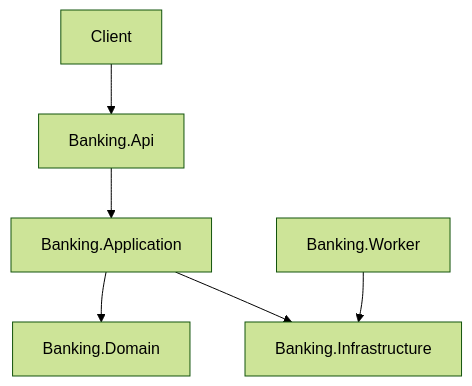
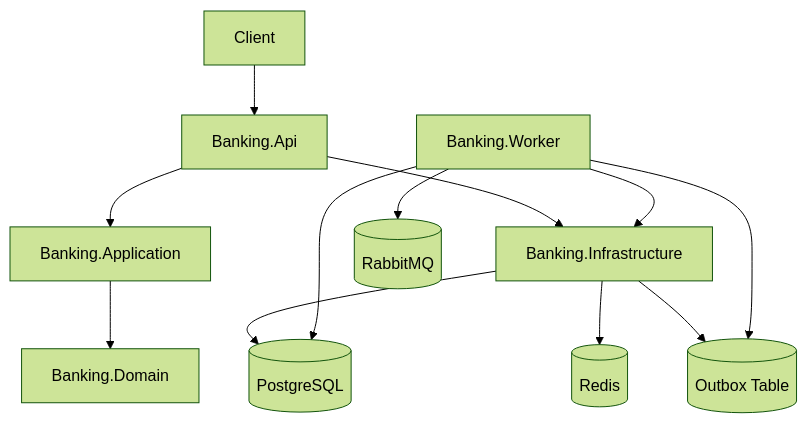
The first of 4 diagrams in README.md (V-Serghei/ledger-flow), drawn with Mermaid (forest theme) before and after one commit. The commit also changed other lines of this file and 12 other files, not shown here.

Commit message:
docs: add architecture documentation and ADRs

````diff
--- a/README.md
+++ b/README.md
@@ -18,8 +24,14 @@
 ```mermaid
 flowchart TD
     Client[Client] --> API[Banking.Api]
     API --> APP[Banking.Application]
     APP --> DOMAIN[Banking.Domain]
-    APP --> INFRA[Banking.Infrastructure]
+    API --> INFRA[Banking.Infrastructure]
+    INFRA --> PG[(PostgreSQL)]
+    INFRA --> REDIS[(Redis)]
+    INFRA --> OUTBOX[(Outbox Table)]
     WORKER[Banking.Worker] --> INFRA
+    WORKER --> OUTBOX
+    WORKER --> RABBIT[(RabbitMQ)]
+    WORKER --> PG
 ```
````
